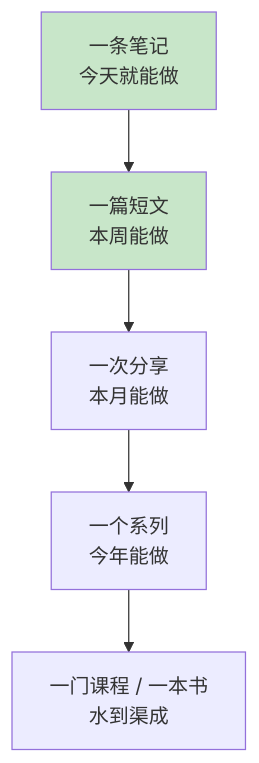
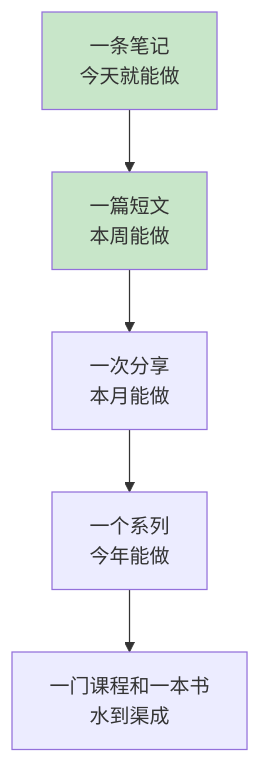
One commit to chongyang211/YCBookBlog changed the third of 6 diagrams in packages/website/11.书籍/04.自我精进·学习/19.输出倒逼着输入.md. Above: the diagram before and after it, drawn with Mermaid. The commit also changed other lines of this file and 17 other files, not shown here.

````diff
--- a/packages/website/11.书籍/04.自我精进·学习/19.输出倒逼着输入.md
+++ b/packages/website/11.书籍/04.自我精进·学习/19.输出倒逼着输入.md
@@ -109,9 +112,9 @@
 ```mermaid
 graph TD
     A[一条笔记<br/>今天就能做] --> B[一篇短文<br/>本周能做]
     B --> C[一次分享<br/>本月能做]
     C --> D[一个系列<br/>今年能做]
-    D --> E[一门课程 / 一本书<br/>水到渠成]
+    D --> E[一门课程和一本书<br/>水到渠成]
     style A fill:#c8e6c9
     style B fill:#c8e6c9
 ```
````
